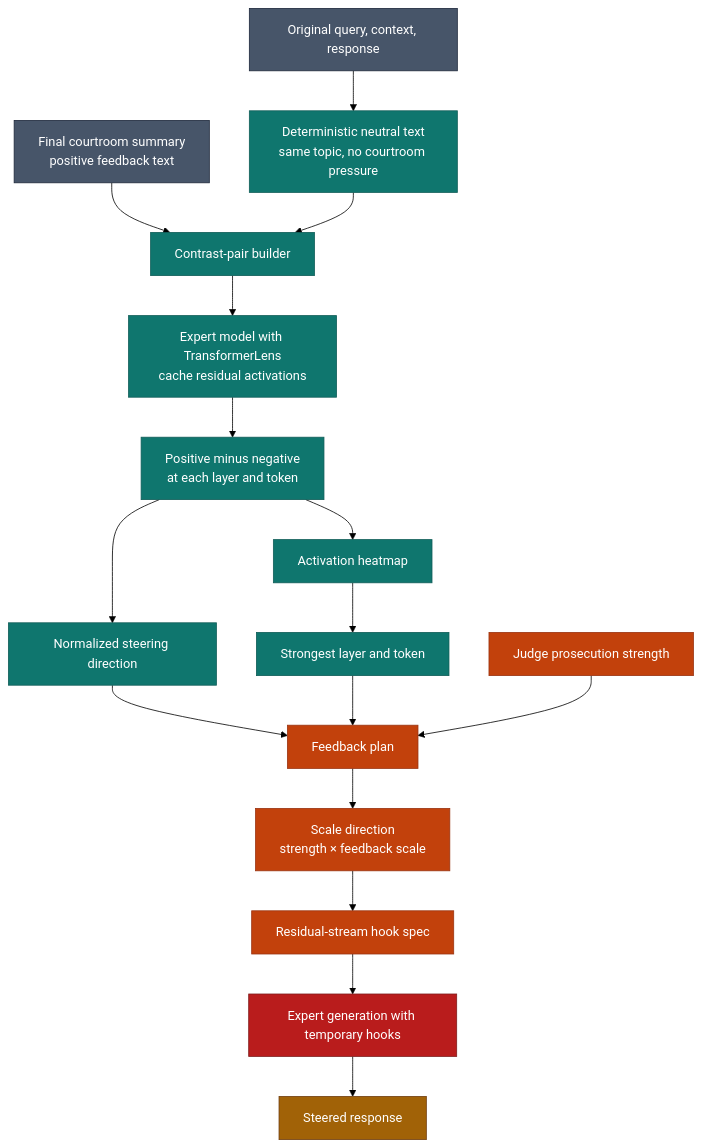
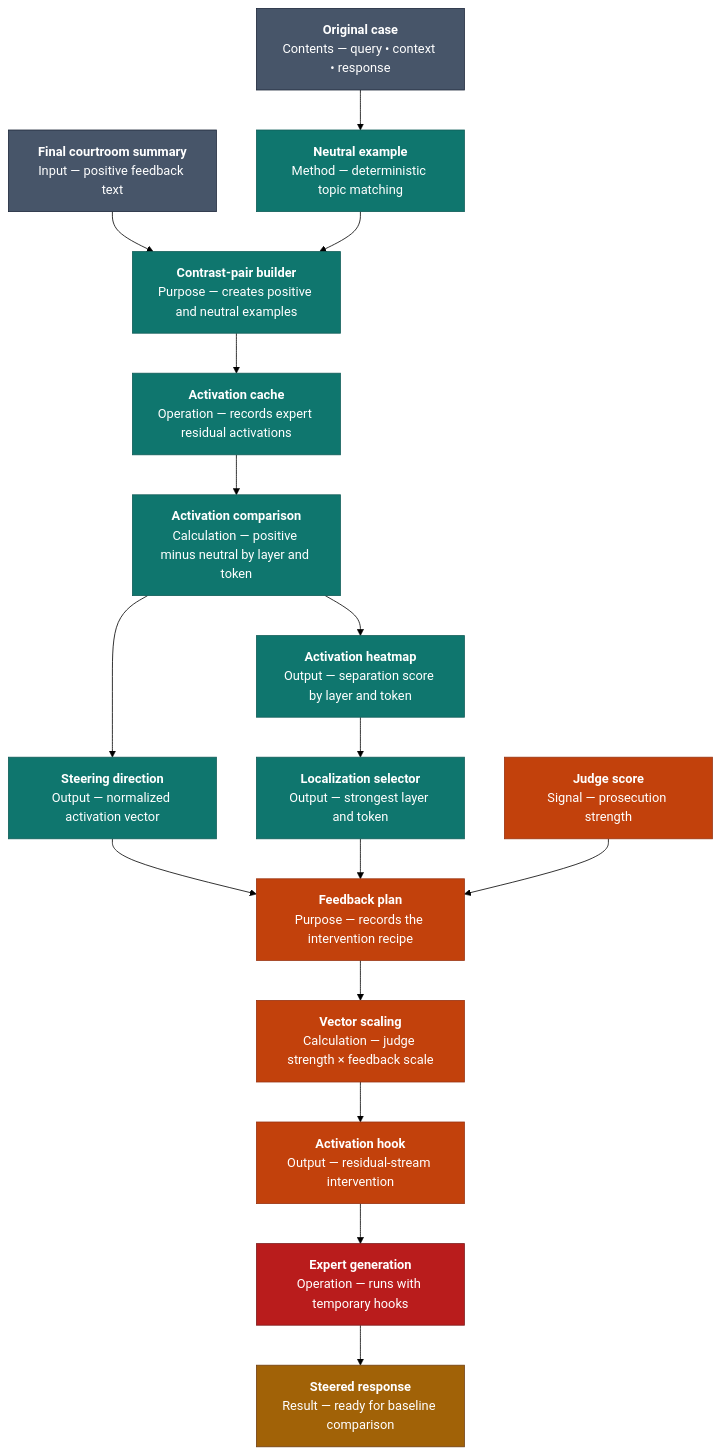
The third of 3 diagrams in README.md (ForestDweller014/Specter), drawn with Mermaid (forest theme) before and after one commit. The commit also changed other lines of this file, not shown here.

First line of the commit message:
docs: Clarify README architecture

````diff
--- a/README.md
+++ b/README.md
@@ -296,30 +303,30 @@
 ```mermaid
 flowchart TB
-    Summary["Final courtroom summary<br/>positive feedback text"] --> Pairs["Contrast-pair builder"]
-    Case["Original query, context, response"] --> Neutral["Deterministic neutral text<br/>same topic, no courtroom pressure"]
+    Summary["<b>Final courtroom summary</b><br/>Input — positive feedback text"] --> Pairs["<b>Contrast-pair builder</b><br/>Purpose — creates positive and neutral examples"]
+    Case["<b>Original case</b><br/>Contents — query • context • response"] --> Neutral["<b>Neutral example</b><br/>Method — deterministic topic matching"]
     Neutral --> Pairs
-    Pairs --> Cache["Expert model with TransformerLens<br/>cache residual activations"]
-    Cache --> Difference["Positive minus negative<br/>at each layer and token"]
-    Difference --> Heatmap["Activation heatmap"]
-    Difference --> Direction["Normalized steering direction"]
-    Heatmap --> Select["Strongest layer and token"]
-    Direction --> Plan["Feedback plan"]
+    Pairs --> Cache["<b>Activation cache</b><br/>Operation — records expert residual activations"]
+    Cache --> Difference["<b>Activation comparison</b><br/>Calculation — positive minus neutral by layer and token"]
+    Difference --> Heatmap["<b>Activation heatmap</b><br/>Output — separation score by layer and token"]
+    Difference --> Direction["<b>Steering direction</b><br/>Output — normalized activation vector"]
+    Heatmap --> Select["<b>Localization selector</b><br/>Output — strongest layer and token"]
+    Direction --> Plan["<b>Feedback plan</b><br/>Purpose — records the intervention recipe"]
     Select --> Plan
-    Strength["Judge prosecution strength"] --> Plan
-    Plan --> Scale["Scale direction<br/>strength × feedback scale"]
-    Scale --> Hook["Residual-stream hook spec"]
-    Hook --> Model["Expert generation with temporary hooks"]
-    Model --> Output["Steered response"]
+    Strength["<b>Judge score</b><br/>Signal — prosecution strength"] --> Plan
+    Plan --> Scale["<b>Vector scaling</b><br/>Calculation — judge strength × feedback scale"]
+    Scale --> Hook["<b>Activation hook</b><br/>Output — residual-stream intervention"]
+    Hook --> Model["<b>Expert generation</b><br/>Operation — runs with temporary hooks"]
+    Model --> Output["<b>Steered response</b><br/>Result — ready for baseline comparison"]
 
     class Summary,Case external
     class Pairs,Neutral,Cache,Difference,Heatmap,Direction,Select teal
     class Plan,Strength,Scale,Hook application
     class Model inference
     class Output memory
 
     classDef external fill:#475569,stroke:#1E293B,color:#FFFFFF
     classDef teal fill:#0F766E,stroke:#115E59,color:#FFFFFF
     classDef application fill:#C2410C,stroke:#9A3412,color:#FFFFFF
     classDef inference fill:#B91C1C,stroke:#7F1D1D,color:#FFFFFF
     classDef memory fill:#A16207,stroke:#713F12,color:#FFFFFF
 ```
````
